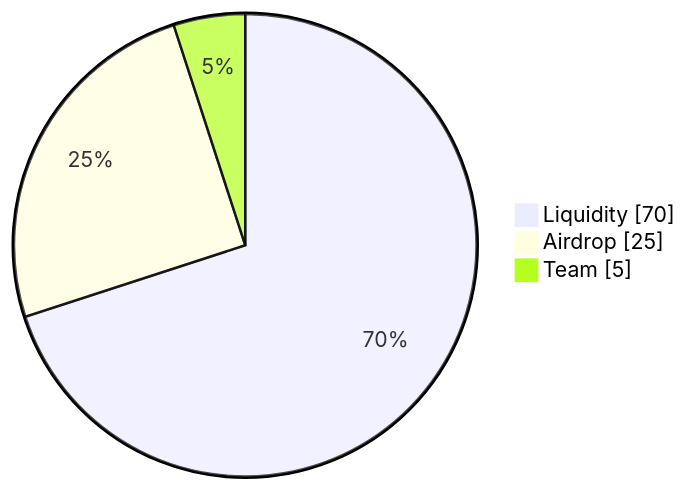
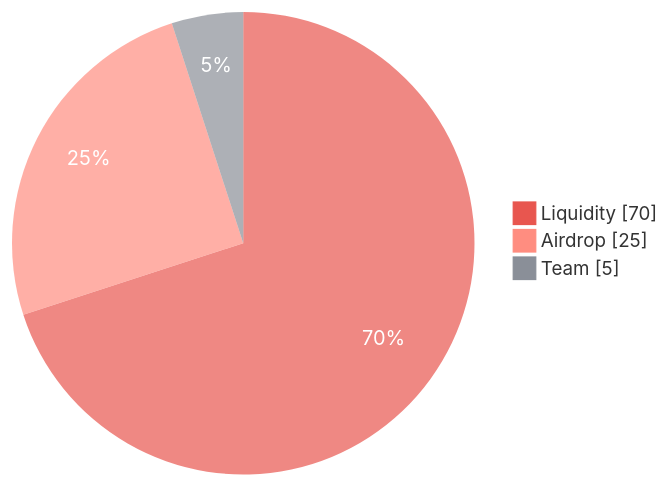
Before and after one commit to 8digitsLabs/docs: the second of 2 diagrams in concepts/tokens.mdx, drawn with Mermaid. The commit also changed other lines of this file, not shown here.

First line of the commit message:
docs: give the diagrams the brand palette

````diff
--- a/concepts/tokens.mdx
+++ b/concepts/tokens.mdx
@@ -69,6 +73,11 @@
 ```mermaid
+%%{init: {"theme":"base","themeVariables":{
+  "pie1":"#e8564f","pie2":"#ff8d80","pie3":"#8a8f98",
+  "pieOuterStrokeWidth":"0px","pieStrokeWidth":"0px",
+  "pieSectionTextColor":"#ffffff","pieSectionTextSize":"16px",
+  "pieLegendTextSize":"15px"}}}%%
 pie showData
   "Liquidity" : 70
   "Airdrop" : 25
   "Team" : 5
 ```
````
